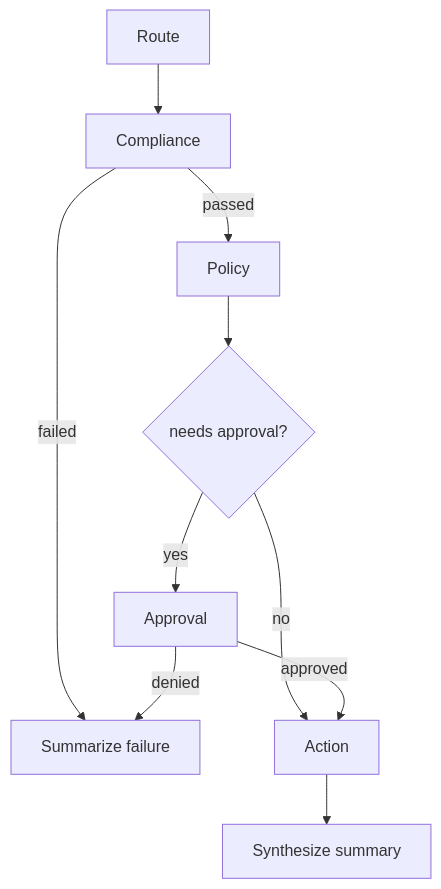
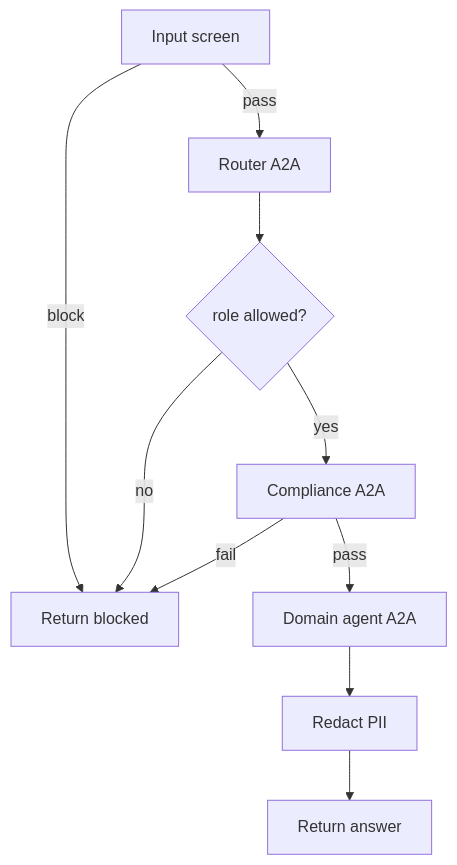
Before and after one commit to manojchevula-acc/agent-mesh: the second of 2 diagrams in CODEBASE_EXPLANATION.md, drawn with Mermaid. The commit also changed other lines of this file and 37 other files, not shown here.

Commit message:
feat: rebuild as distributed A2A agent mesh with role-aware guardrails

````diff
--- a/CODEBASE_EXPLANATION.md
+++ b/CODEBASE_EXPLANATION.md
@@ -76,12 +89,12 @@
 ```mermaid
 flowchart TD
-    A[Route] --> B[Compliance]
-    B -->|failed| Z[Summarize failure]
-    B -->|passed| C[Policy]
-    C --> D{needs approval?}
-    D -->|no| F[Action]
-    D -->|yes| E[Approval]
-    E -->|denied| Z
-    E -->|approved| F
-    F --> G[Synthesize summary]
+    A[Input screen] -->|block| Z[Return blocked]
+    A -->|pass| B[Router A2A]
+    B --> C{role allowed?}
+    C -->|no| Z
+    C -->|yes| D[Compliance A2A]
+    D -->|fail| Z
+    D -->|pass| E[Domain agent A2A]
+    E --> F[Redact PII]
+    F --> G[Return answer]
 ```
````
